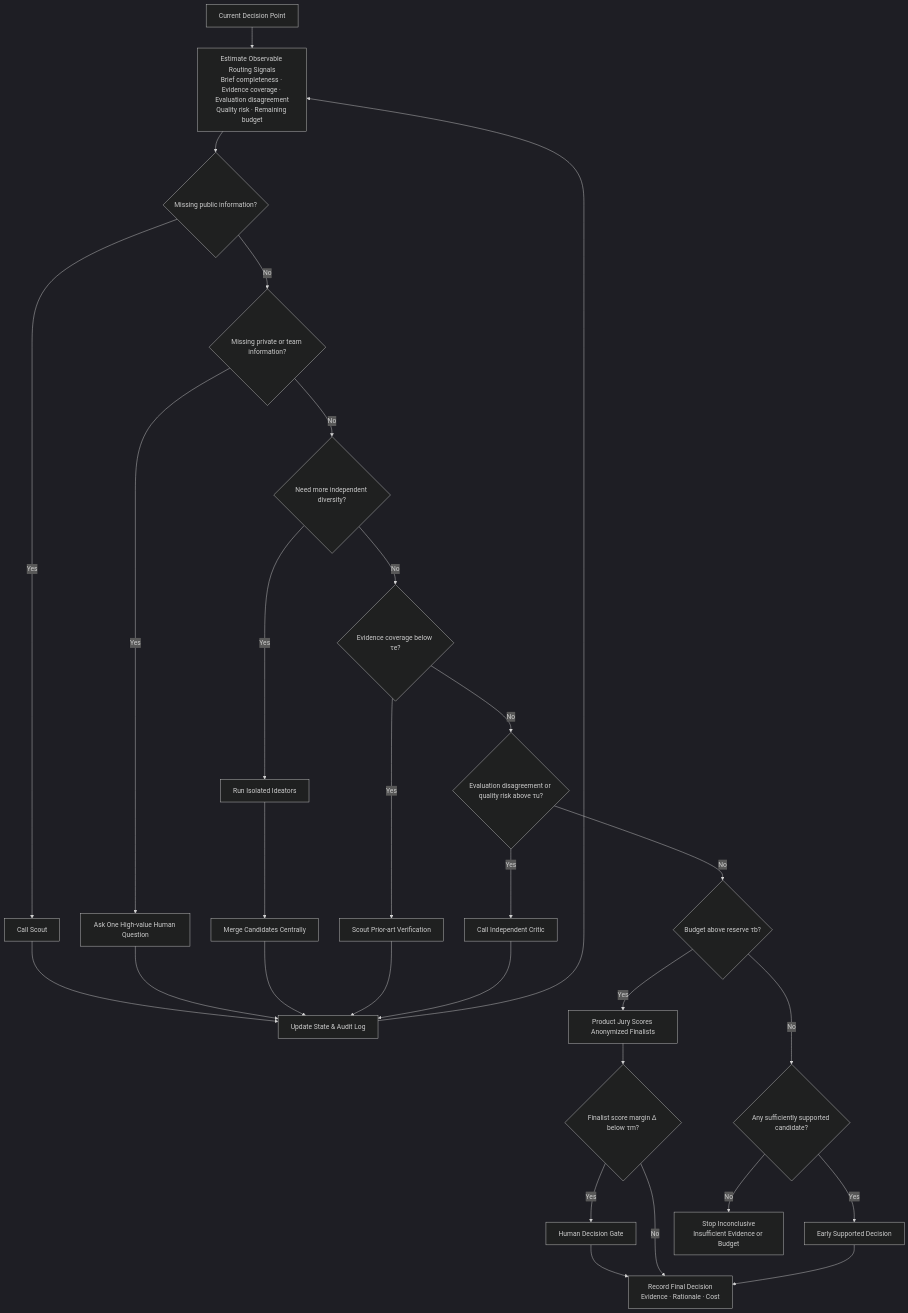
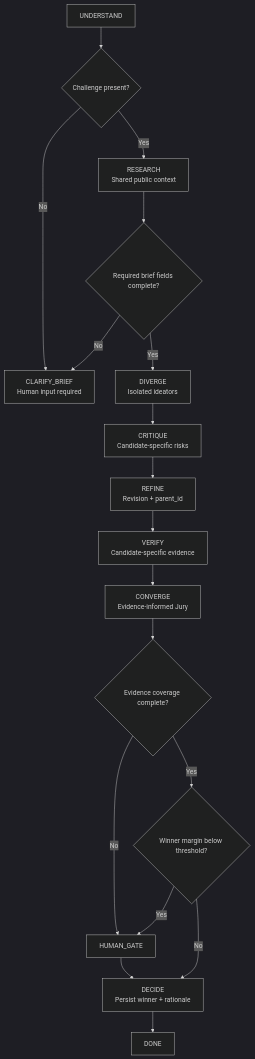
One commit to SultanAlfaifi/rajih-engine changed the diagram in docs/diagrams/uncertainty-routing.md. Above: the diagram before and after it, drawn with Mermaid (dark theme). The commit also changed other lines of this file and 16 other files, not shown here.

````diff
--- a/docs/diagrams/uncertainty-routing.md
+++ b/docs/diagrams/uncertainty-routing.md
@@ -7,38 +7,20 @@
 ```mermaid
 flowchart TB
-    START["Current Decision Point"] --> SIGNALS["Estimate Observable Routing Signals<br/>Brief completeness · Evidence coverage · Evaluation disagreement<br/>Quality risk · Remaining budget"]
-
-    SIGNALS --> A{"Missing public information?"}
-    A -->|Yes| SCOUT["Call Scout"]
-    SCOUT --> UPDATE["Update State & Audit Log"]
-    UPDATE --> SIGNALS
-
-    A -->|No| B{"Missing private or team information?"}
-    B -->|Yes| HUMAN["Ask One High-value Human Question"]
-    HUMAN --> UPDATE
-
-    B -->|No| C{"Need more independent diversity?"}
-    C -->|Yes| IDEATORS["Run Isolated Ideators"]
-    IDEATORS --> MERGE["Merge Candidates Centrally"]
-    MERGE --> UPDATE
-
-    C -->|No| D{"Evidence coverage below τe?"}
-    D -->|Yes| VERIFY["Scout Prior-art Verification"]
-    VERIFY --> UPDATE
-
-    D -->|No| E{"Evaluation disagreement or quality risk above τu?"}
-    E -->|Yes| CRITIC["Call Independent Critic"]
-    CRITIC --> UPDATE
-
-    E -->|No| F{"Budget above reserve τb?"}
-    F -->|Yes| JURY["Product Jury Scores Anonymized Finalists"]
-    JURY --> MARGIN{"Finalist score margin Δ below τm?"}
-    MARGIN -->|Yes| GATE["Human Decision Gate"]
-    GATE --> DECIDE["Record Final Decision<br/>Evidence · Rationale · Cost"]
-    MARGIN -->|No| DECIDE
-
-    F -->|No| SUPPORT{"Any sufficiently supported candidate?"}
-    SUPPORT -->|Yes| EARLY["Early Supported Decision"]
-    EARLY --> DECIDE
-    SUPPORT -->|No| INCONCLUSIVE["Stop Inconclusive<br/>Insufficient Evidence or Budget"]
+    START["UNDERSTAND"] --> CHALLENGE{"Challenge present?"}
+    CHALLENGE -->|No| CLARIFY["CLARIFY_BRIEF<br/>Human input required"]
+    CHALLENGE -->|Yes| RESEARCH["RESEARCH<br/>Shared public context"]
+    RESEARCH --> COMPLETE{"Required brief fields complete?"}
+    COMPLETE -->|No| CLARIFY
+    COMPLETE -->|Yes| DIVERGE["DIVERGE<br/>Isolated ideators"]
+    DIVERGE --> CRITIQUE["CRITIQUE<br/>Candidate-specific risks"]
+    CRITIQUE --> REFINE["REFINE<br/>Revision + parent_id"]
+    REFINE --> VERIFY["VERIFY<br/>Candidate-specific evidence"]
+    VERIFY --> JURY["CONVERGE<br/>Evidence-informed Jury"]
+    JURY --> COVERAGE{"Evidence coverage complete?"}
+    COVERAGE -->|No| GATE["HUMAN_GATE"]
+    COVERAGE -->|Yes| MARGIN{"Winner margin below threshold?"}
+    MARGIN -->|Yes| GATE
+    MARGIN -->|No| DECIDE["DECIDE<br/>Persist winner + rationale"]
+    GATE --> DECIDE
+    DECIDE --> DONE["DONE"]
 ```
````
